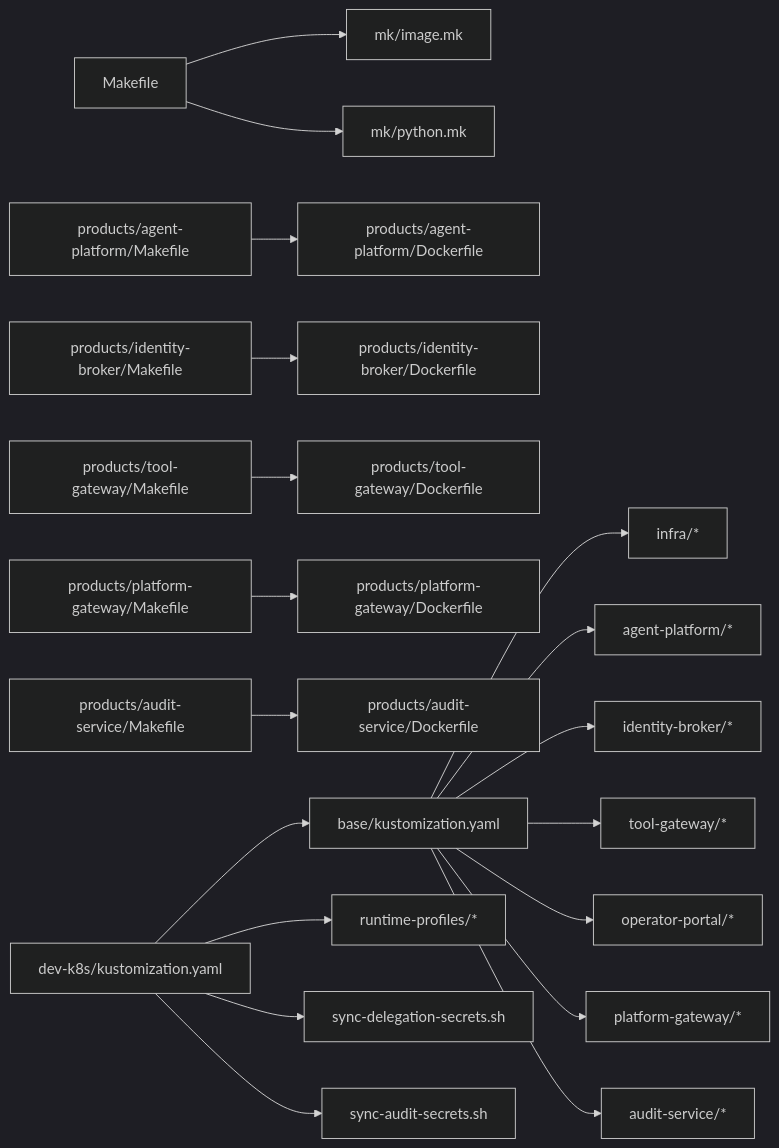
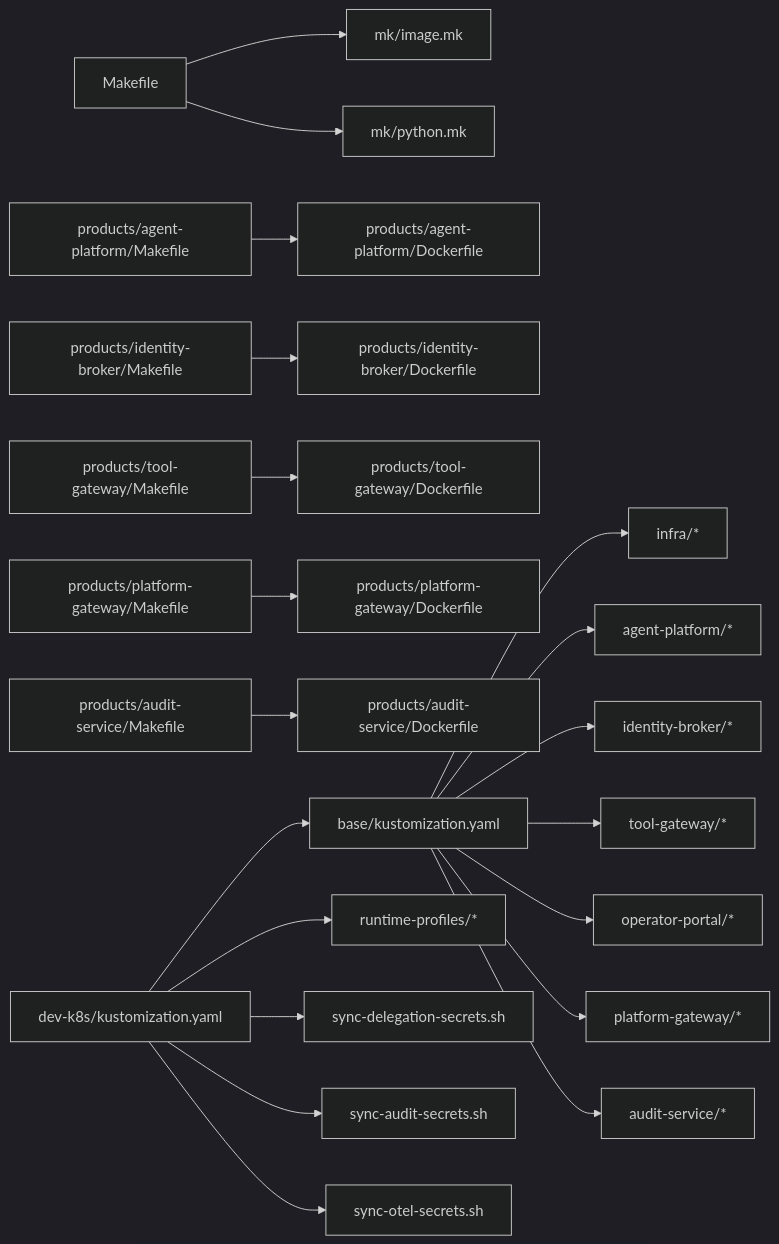
The tenth of 10 diagrams in .qoder/repowiki/en/content/Deployment and Operations/Deployment and Operations.md (metasync/luban-aiops), drawn with Mermaid (dark theme) before and after one commit. The commit also changed other lines of this file and 71 other files, not shown here.

````diff
--- a/.qoder/repowiki/en/content/Deployment and Operations/Deployment and Operations.md
+++ b/.qoder/repowiki/en/content/Deployment and Operations/Deployment and Operations.md
@@ -550,21 +645,22 @@
 ```mermaid
 graph LR
 MakefileRoot["Makefile"] --> MkImage["mk/image.mk"]
 MakefileRoot --> MkPython["mk/python.mk"]
 APMake["products/agent-platform/Makefile"] --> APDocker["products/agent-platform/Dockerfile"]
 IBMake["products/identity-broker/Makefile"] --> IBDocker["products/identity-broker/Dockerfile"]
 TGMake["products/tool-gateway/Makefile"] --> TGDocker["products/tool-gateway/Dockerfile"]
 PGMake["products/platform-gateway/Makefile"] --> PGDocker["products/platform-gateway/Dockerfile"]
 ASMake["products/audit-service/Makefile"] --> ASDocker["products/audit-service/Dockerfile"]
 BaseKust["base/kustomization.yaml"] --> Infra["infra/*"]
 BaseKust --> APRes["agent-platform/*"]
 BaseKust --> IBRes["identity-broker/*"]
 BaseKust --> TGRes["tool-gateway/*"]
 BaseKust --> OPRes["operator-portal/*"]
 BaseKust --> PGRes["platform-gateway/*"]
 BaseKust --> ASRes["audit-service/*"]
 OverlayKust["dev-k8s/kustomization.yaml"] --> BaseKust
 OverlayKust --> Profiles["runtime-profiles/*"]
 OverlayKust --> Delegation["sync-delegation-secrets.sh"]
 OverlayKust --> AuditSecrets["sync-audit-secrets.sh"]
+OverlayKust --> OTelSecrets["sync-otel-secrets.sh"]
 ```
````
